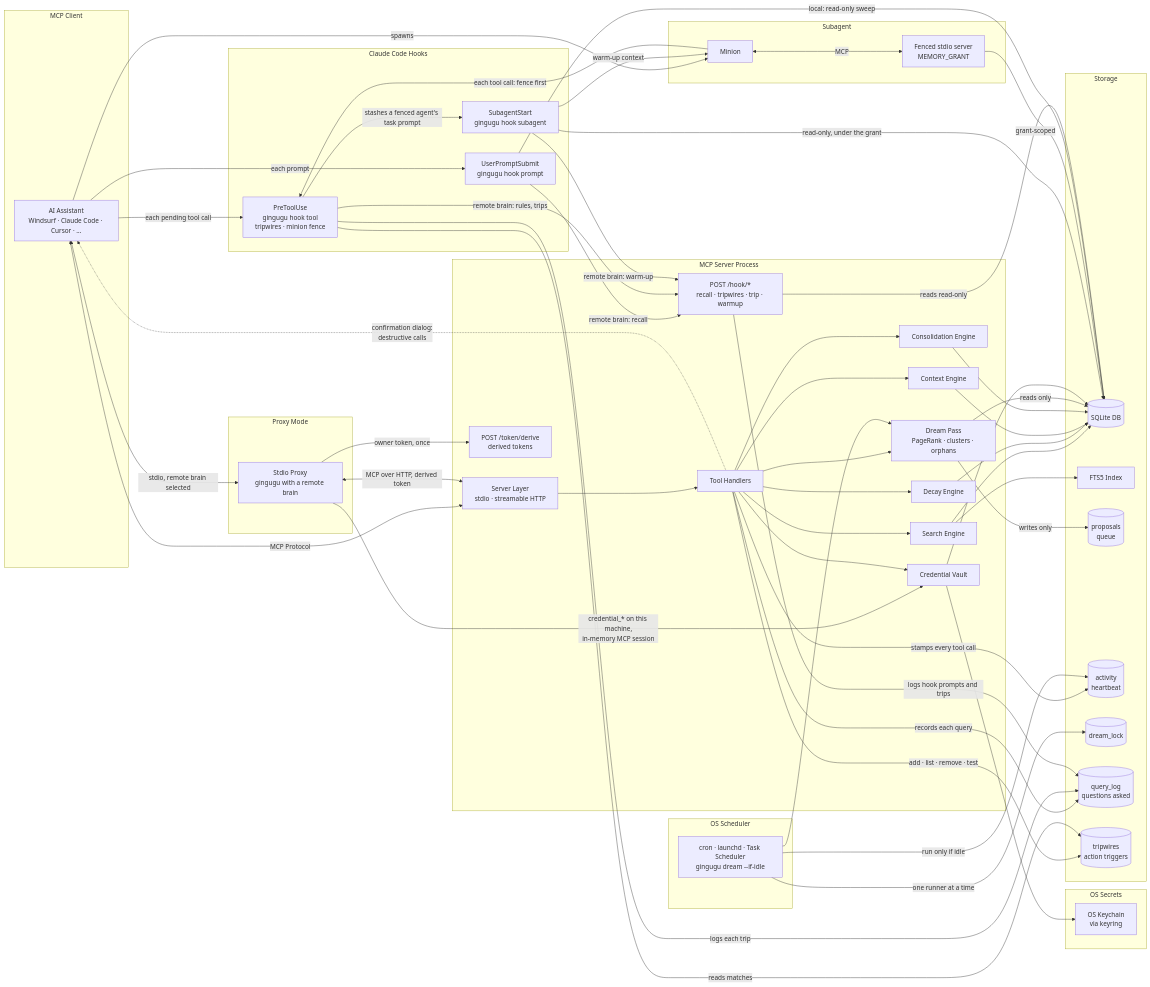
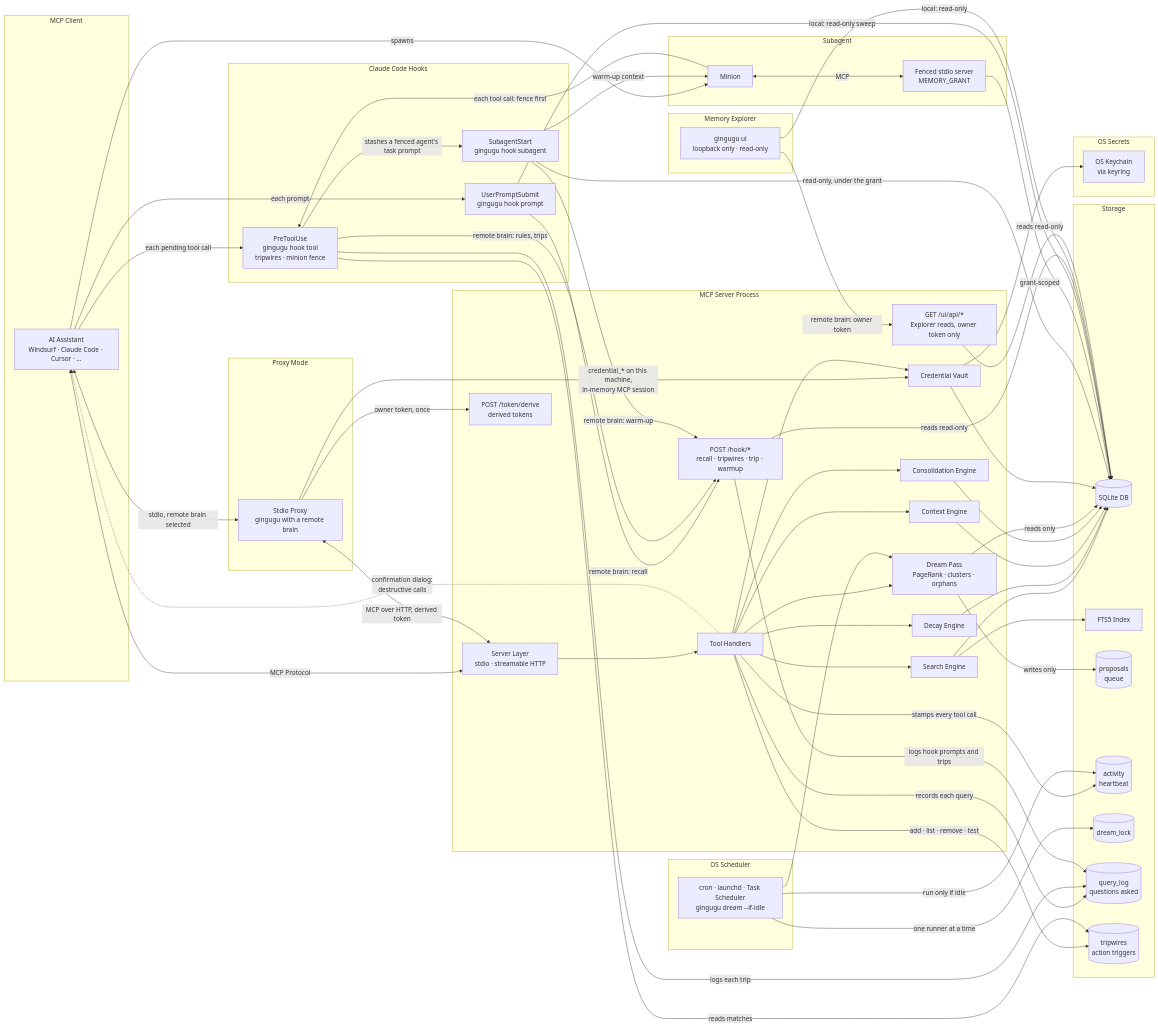
Before and after one commit to gingugu/gingugu: the first of 2 diagrams in docs/architecture.md, drawn with Mermaid. The commit also changed other lines of this file and 7 other files, not shown here.

First line of the commit message:
docs: sync .ai/ and docs with the Explorer read API

```diff
--- a/docs/architecture.md
+++ b/docs/architecture.md
@@ -46,6 +50,7 @@
         B[Server Layer<br/>stdio · streamable HTTP]
         V[POST /token/derive<br/>derived tokens]
         U[POST /hook/*<br/>recall · tripwires · trip · warmup]
+        UI[GET /ui/api/*<br/>Explorer reads, owner token only]
         C[Tool Handlers]
         D[Search Engine]
         E[Decay Engine]
@@ -59,6 +64,10 @@
         PH[UserPromptSubmit<br/>gingugu hook prompt]
         Y[PreToolUse<br/>gingugu hook tool<br/>tripwires · minion fence]
         Z[SubagentStart<br/>gingugu hook subagent]
+    end
+
+    subgraph Memory Explorer
+        EX[gingugu ui<br/>loopback only · read-only]
     end
 
     subgraph Subagent
@@ -126,6 +135,9 @@
     Z -->|remote brain: warm-up| U
     U -->|reads read-only| H
     U -->|logs hook prompts and trips| T
+    EX -->|local: read-only| H
+    EX -->|remote brain: owner token| UI
+    UI -->|reads read-only| H
     S -->|run only if idle| Q
     S -->|one runner at a time| R
     S --> L
```
